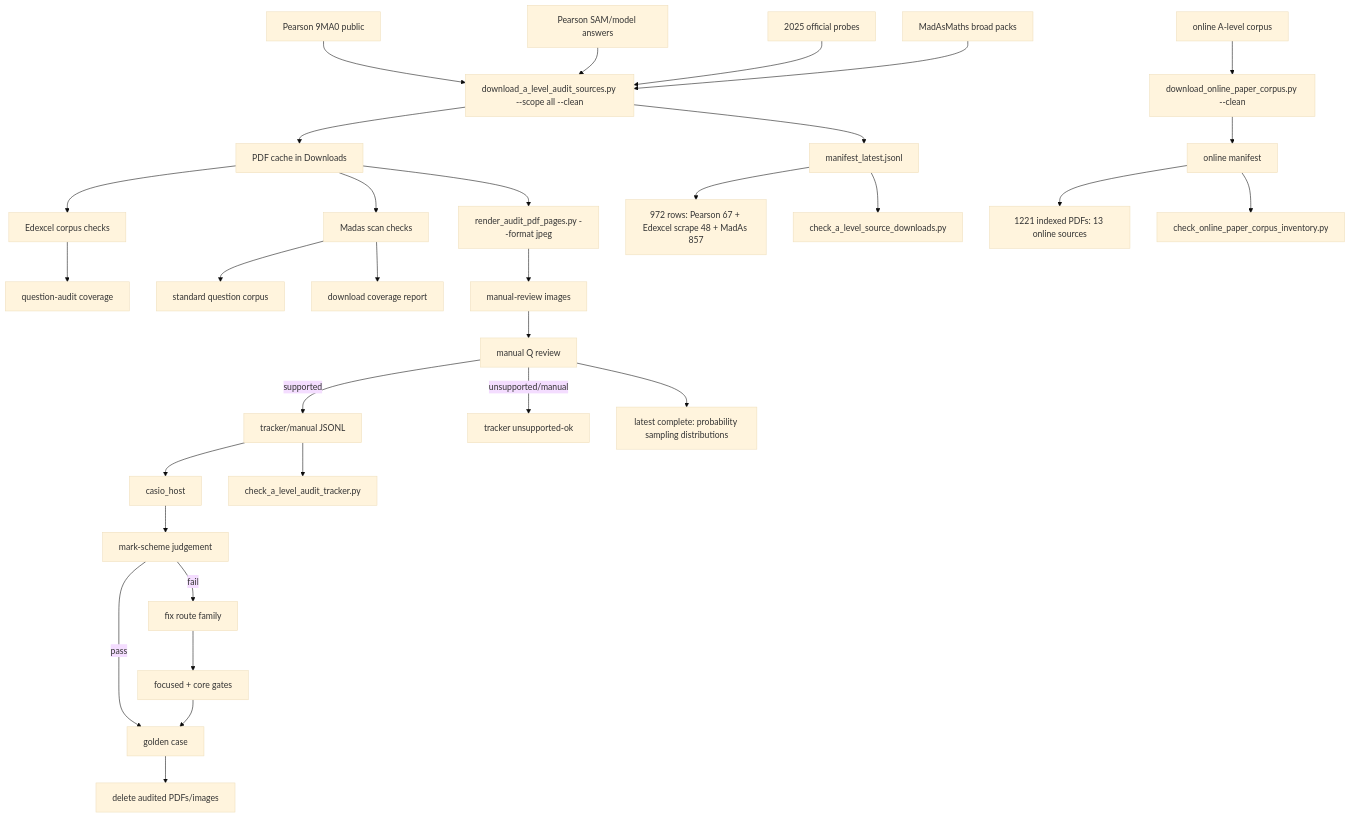
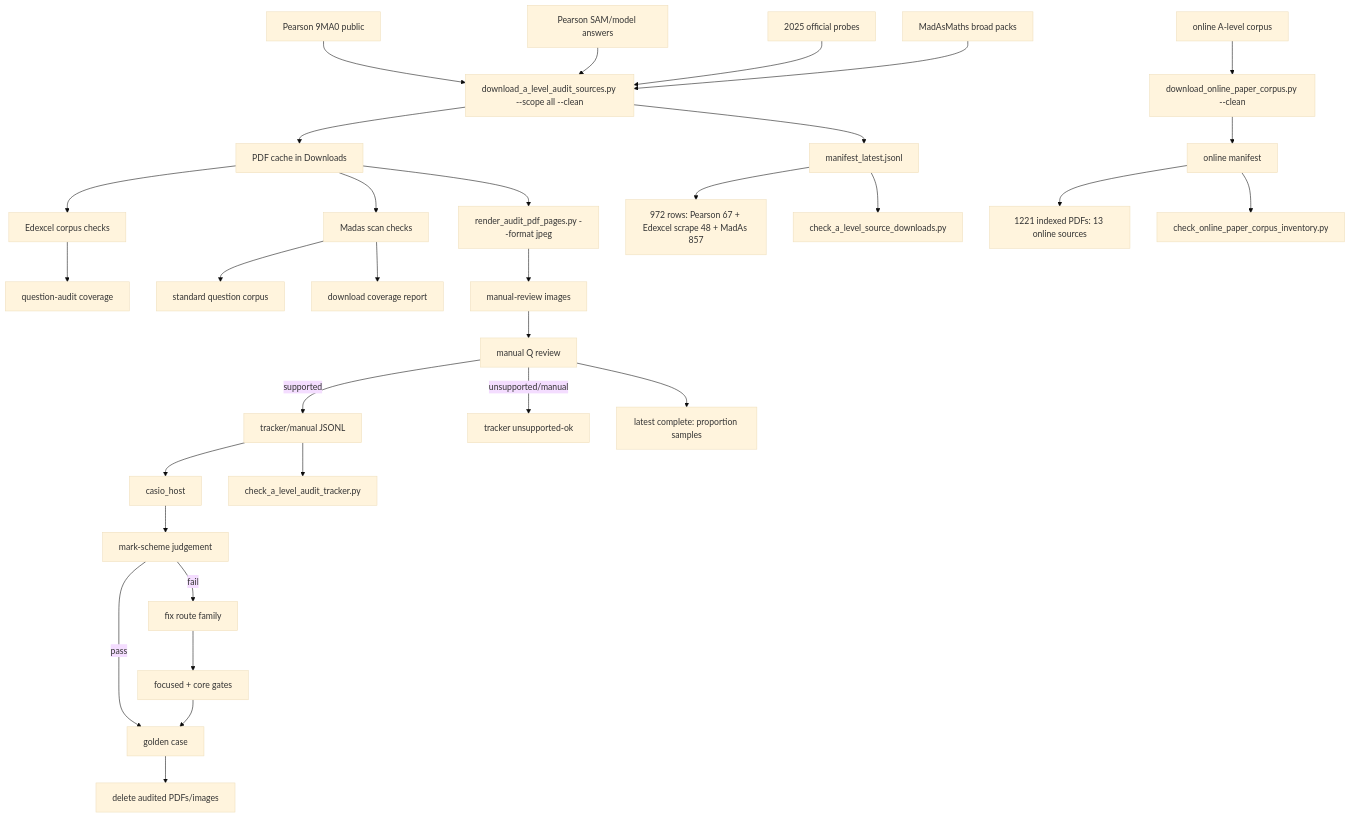
One commit to james8464/notes-addin-casio-fx-cg50 changed the diagram in c++/tools/golden/a_level_audit_graph.md. Above: the diagram before and after it, drawn with Mermaid (base theme). The commit also changed other lines of this file and 2 other files, not shown here.

Commit message:
Audit proportion samples booklet

````diff
--- a/c++/tools/golden/a_level_audit_graph.md
+++ b/c++/tools/golden/a_level_audit_graph.md
@@ -3,34 +3,34 @@
 ```mermaid
 graph TD
   E1["Pearson 9MA0 public"] --> D["download_a_level_audit_sources.py --scope all --clean"]
   E2["Pearson SAM/model answers"] --> D
   E3["2025 official probes"] --> D
   M1["MadAsMaths broad packs"] --> D
   O1["online A-level corpus"] --> OD["download_online_paper_corpus.py --clean"]
   D --> P["PDF cache in Downloads"]
   D --> X["manifest_latest.jsonl"]
   OD --> OX["online manifest"]
   X --> XC["972 rows: Pearson 67 + Edexcel scrape 48 + MadAs 857"]
   OX --> OC["1221 indexed PDFs: 13 online sources"]
   X --> V["check_a_level_source_downloads.py"]
   OX --> OV["check_online_paper_corpus_inventory.py"]
   P --> E["Edexcel corpus checks"]
   E --> EQ["question-audit coverage"]
   P --> S["Madas scan checks"]
   S --> M["standard question corpus"]
   S --> MC["download coverage report"]
   P --> R["render_audit_pdf_pages.py --format jpeg"]
   R --> I["manual-review images"]
   I --> Q["manual Q review"]
   Q -->|supported| J["tracker/manual JSONL"]
   Q -->|unsupported/manual| U["tracker unsupported-ok"]
   J --> H["casio_host"]
   J --> K["check_a_level_audit_tracker.py"]
   H --> C["mark-scheme judgement"]
   C -->|pass| G["golden case"]
   C -->|fail| F["fix route family"]
   F --> T["focused + core gates"]
   T --> G
   G --> Z["delete audited PDFs/images"]
-  Q --> QSampling["latest complete: probability sampling distributions"]
+  Q --> QProp["latest complete: proportion samples"]
 ```
````
